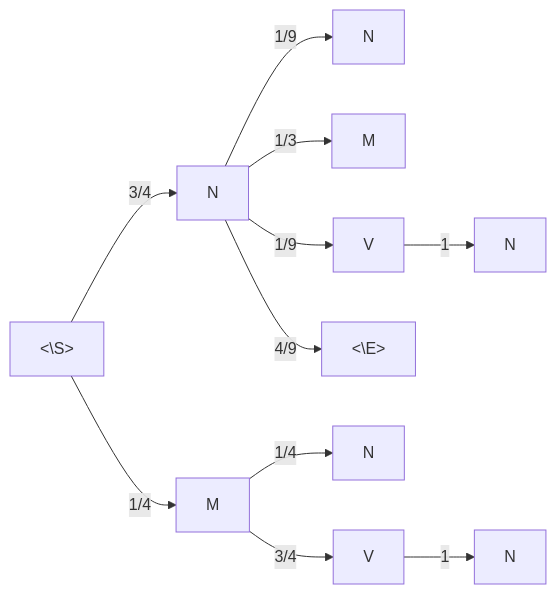
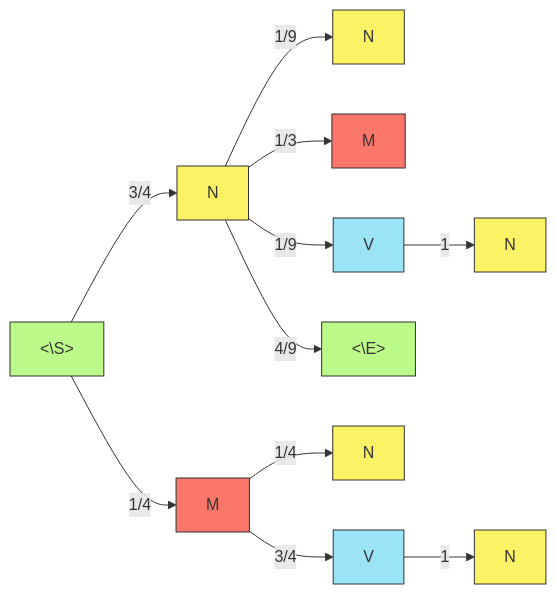
The fifth of 7 diagrams in C_5.md (Chaklader/part-of-speech-tagging), drawn with Mermaid before and after one commit. The commit also changed other lines of this file, not shown here.

````diff
--- a/C_5.md
+++ b/C_5.md
@@ -207,13 +216,25 @@
 ```mermaid
 graph LR
     Start["<\S>"] --> |"3/4"| N1[N]
     Start --> |"1/4"| M1[M]
     N1 --> |"1/9"| N2[N]
     N1 --> |"1/3"| M2[M]
     N1 --> |"1/9"| V1[V]
     N1 --> |"4/9"| End["<\E>"]
     M1 --> |"1/4"| N3[N]
     M1 --> |"3/4"| V2[V]
     V1 --> |"1"| N4[N]
     V2 --> |"1"| N5[N]
+
+    style Start fill:#BCFB89,stroke:#333,stroke-width:1px
+    style End fill:#BCFB89,stroke:#333,stroke-width:1px
+    style N1 fill:#FBF266,stroke:#333,stroke-width:1px
+    style N2 fill:#FBF266,stroke:#333,stroke-width:1px
+    style N3 fill:#FBF266,stroke:#333,stroke-width:1px
+    style N4 fill:#FBF266,stroke:#333,stroke-width:1px
+    style N5 fill:#FBF266,stroke:#333,stroke-width:1px
+    style M1 fill:#FA756A,stroke:#333,stroke-width:1px
+    style M2 fill:#FA756A,stroke:#333,stroke-width:1px
+    style V1 fill:#9AE4F5,stroke:#333,stroke-width:1px
+    style V2 fill:#9AE4F5,stroke:#333,stroke-width:1px
 ```
````
